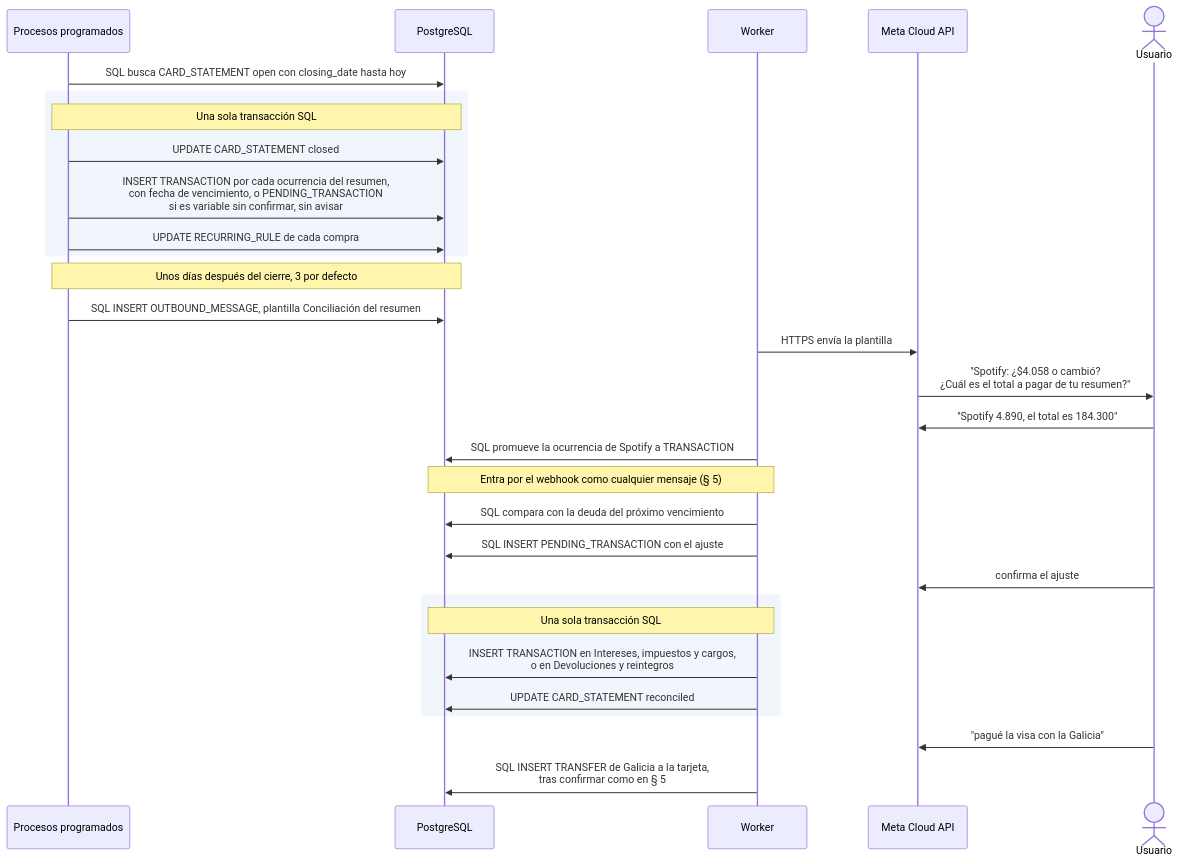
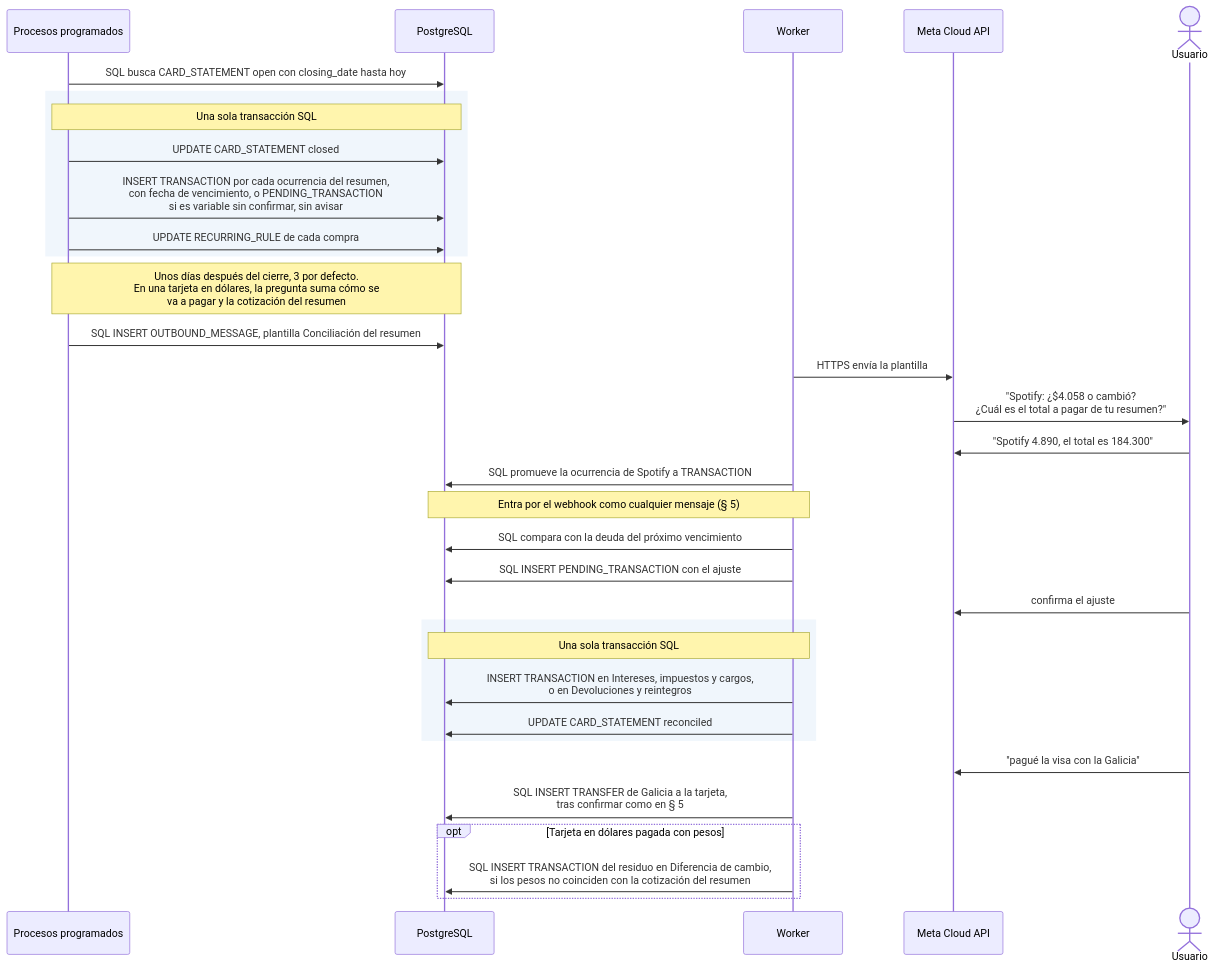
The sixth of 10 diagrams in docs/recorrido-completo.md (verozacarias-prog/AI4Devs-finalproject), drawn with Mermaid before and after one commit. The commit also changed 4 other files, not shown here.

First line of the commit message:
docs: una tarjeta en dólares pesa según cómo se paga su resumen

````diff
--- a/docs/recorrido-completo.md
+++ b/docs/recorrido-completo.md
@@ -263,33 +263,36 @@
 ```mermaid
 sequenceDiagram
     participant S as Procesos programados
     participant DB as PostgreSQL
     participant W as Worker
     participant M as Meta Cloud API
     actor U as Usuario
 
     S->>DB: SQL busca CARD_STATEMENT open con closing_date hasta hoy
     rect rgb(240, 246, 252)
         Note over S,DB: Una sola transacción SQL
         S->>DB: UPDATE CARD_STATEMENT closed
         S->>DB: INSERT TRANSACTION por cada ocurrencia del resumen,<br/>con fecha de vencimiento, o PENDING_TRANSACTION<br/>si es variable sin confirmar, sin avisar
         S->>DB: UPDATE RECURRING_RULE de cada compra
     end
-    Note over S,DB: Unos días después del cierre, 3 por defecto
+    Note over S,DB: Unos días después del cierre, 3 por defecto.<br/>En una tarjeta en dólares, la pregunta suma cómo se<br/>va a pagar y la cotización del resumen
     S->>DB: SQL INSERT OUTBOUND_MESSAGE, plantilla Conciliación del resumen
     W->>M: HTTPS envía la plantilla
     M->>U: "Spotify: ¿$4.058 o cambió?<br/>¿Cuál es el total a pagar de tu resumen?"
     U->>M: "Spotify 4.890, el total es 184.300"
     W->>DB: SQL promueve la ocurrencia de Spotify a TRANSACTION
     Note over W,DB: Entra por el webhook como cualquier mensaje (§ 5)
     W->>DB: SQL compara con la deuda del próximo vencimiento
     W->>DB: SQL INSERT PENDING_TRANSACTION con el ajuste
     U->>M: confirma el ajuste
     rect rgb(240, 246, 252)
         Note over W,DB: Una sola transacción SQL
         W->>DB: INSERT TRANSACTION en Intereses, impuestos y cargos,<br/>o en Devoluciones y reintegros
         W->>DB: UPDATE CARD_STATEMENT reconciled
     end
     U->>M: "pagué la visa con la Galicia"
     W->>DB: SQL INSERT TRANSFER de Galicia a la tarjeta,<br/>tras confirmar como en § 5
+    opt Tarjeta en dólares pagada con pesos
+        W->>DB: SQL INSERT TRANSACTION del residuo en Diferencia de cambio,<br/>si los pesos no coinciden con la cotización del resumen
+    end
 ```
````
